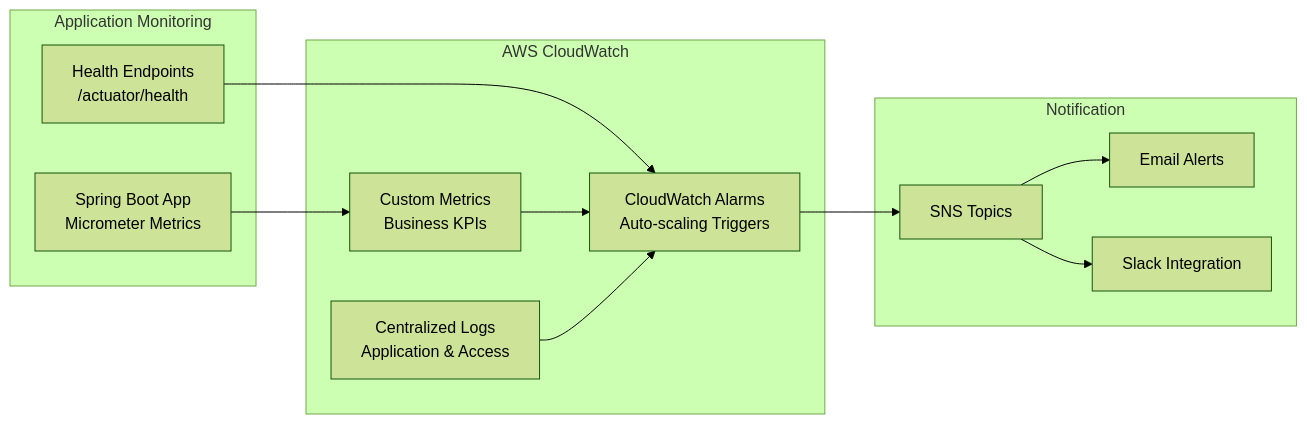
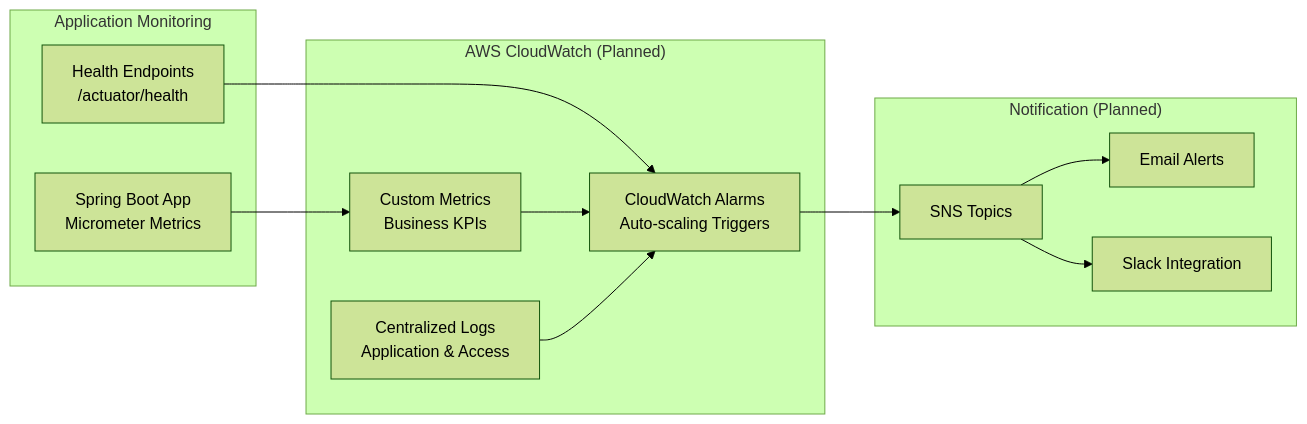
The second of 5 diagrams in DEPLOYMENT_GUIDE.md (Fijula-Tech9/Smart-Expense-Tracker), drawn with Mermaid (forest theme) before and after one commit. The commit also changed other lines of this file and 28 other files, not shown here.

````diff
--- a/DEPLOYMENT_GUIDE.md
+++ b/DEPLOYMENT_GUIDE.md
@@ -285,27 +332,27 @@
 ```mermaid
 graph LR
     subgraph "Application Monitoring"
         APP[Spring Boot App<br/>Micrometer Metrics]
         HEALTH[Health Endpoints<br/>/actuator/health]
     end
-    
-    subgraph "AWS CloudWatch"
+
+    subgraph "AWS CloudWatch (Planned)"
         METRICS[Custom Metrics<br/>Business KPIs]
         LOGS[Centralized Logs<br/>Application & Access]
         ALARMS[CloudWatch Alarms<br/>Auto-scaling Triggers]
     end
-    
-    subgraph "Notification"
+
+    subgraph "Notification (Planned)"
         SNS[SNS Topics]
         EMAIL[Email Alerts]
         SLACK[Slack Integration]
     end
-    
+
     APP --> METRICS
     HEALTH --> ALARMS
     METRICS --> ALARMS
     LOGS --> ALARMS
     ALARMS --> SNS
     SNS --> EMAIL
     SNS --> SLACK
 ```
````
